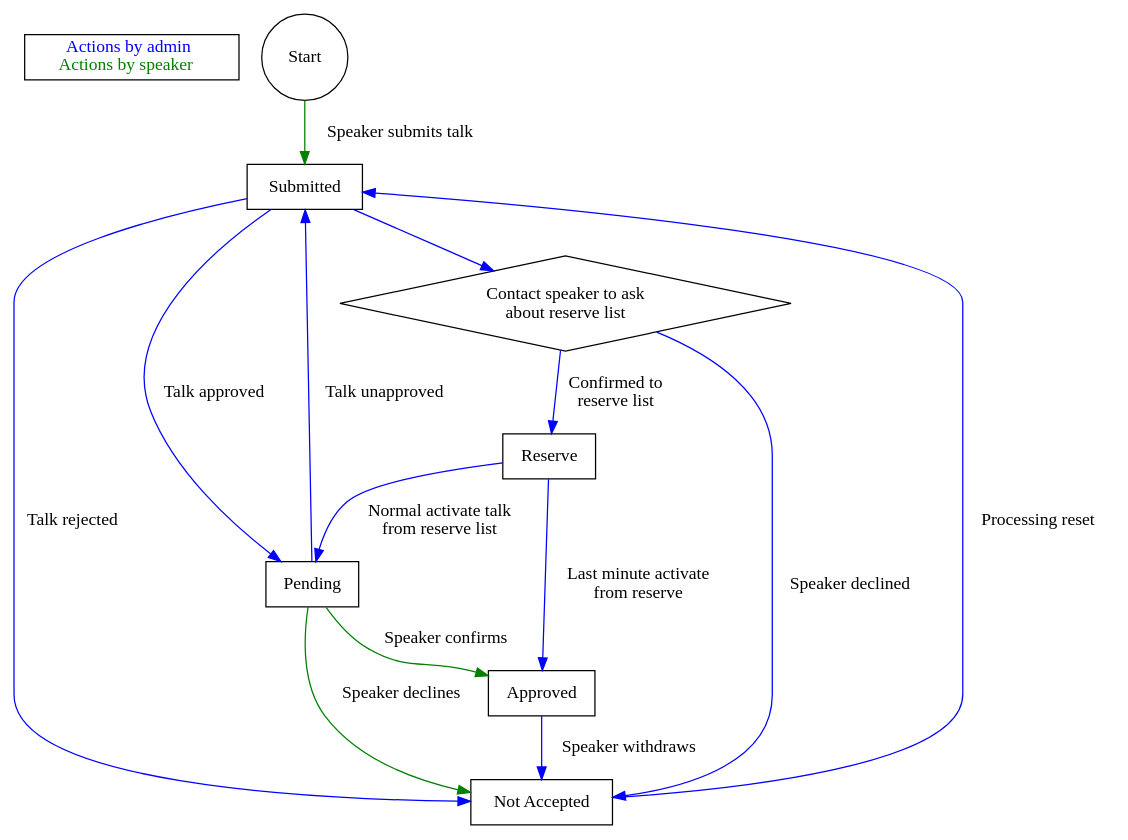
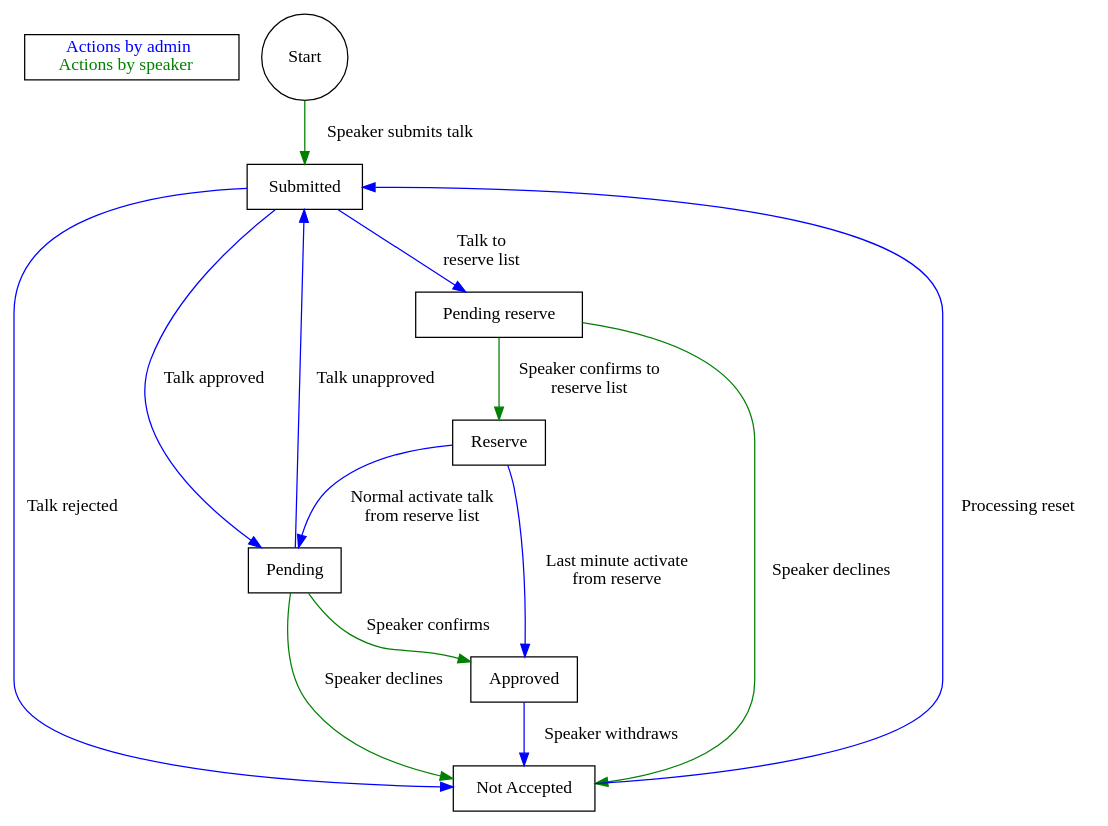
The diagram in docs/confreg/graphs/talk_states.dot (pgeu/pgeu-system), drawn with Graphviz before and after one commit. The commit also changed 10 other files, not shown here.

First line of the commit message:
Implement automated reserve list management

```diff
--- a/docs/confreg/graphs/talk_states.dot
+++ b/docs/confreg/graphs/talk_states.dot
@@ -1,31 +1,32 @@
 digraph talkstates {
 	subgraph legend {
 		key[shape=box, label=<
 		    <font color="blue">Actions by admin</font><br/>
 		    <font color="green">Actions by speaker</font><br/>
 		>, labeljust="l"]
 	}
 
 	start[shape=circle label=Start];
 
 	submitted[shape=box label=Submitted];
 	pending[shape=box label=Pending];
 	approved[shape=box label=Approved];
 	reserve[shape=box label=Reserve];
-	pendingreserve[shape=diamond label="Contact speaker to ask\nabout reserve list"];
+	pendingreserve[shape=box label="Pending reserve"];
+
 	rejected[shape=box label="Not Accepted"];
 
 	start -> submitted [label = "Speaker submits talk", color=green];
 	submitted -> pending [label = "Talk approved", color=blue]
 	pending -> approved [label = "Speaker confirms", color=green]
 	pending -> rejected [label = "Speaker declines", color=green]
 	pending -> submitted [label = "Talk unapproved", color=blue]
 	submitted -> rejected [label = "Talk rejected", color=blue]
-	submitted -> pendingreserve [xabel = "Talk to\nreserve list", color=blue]
-	pendingreserve -> reserve [label = "Confirmed to\nreserve list", color=blue]
-	pendingreserve -> rejected [label = "Speaker declined", color=blue]
+	submitted -> pendingreserve [label = "Talk to\nreserve list", color=blue]
+	pendingreserve -> reserve [label = "Speaker confirms to\nreserve list", color=green]
+	pendingreserve -> rejected [label = "Speaker declines", color=green]
 	reserve -> pending [label = "Normal activate talk\n from reserve list", color=blue]
 	approved -> rejected [label = "Speaker withdraws", color=blue]
 	rejected -> submitted [label = "Processing reset", color=blue]
 	reserve -> approved [label = "Last minute activate\nfrom reserve", color=blue]
 }
```
